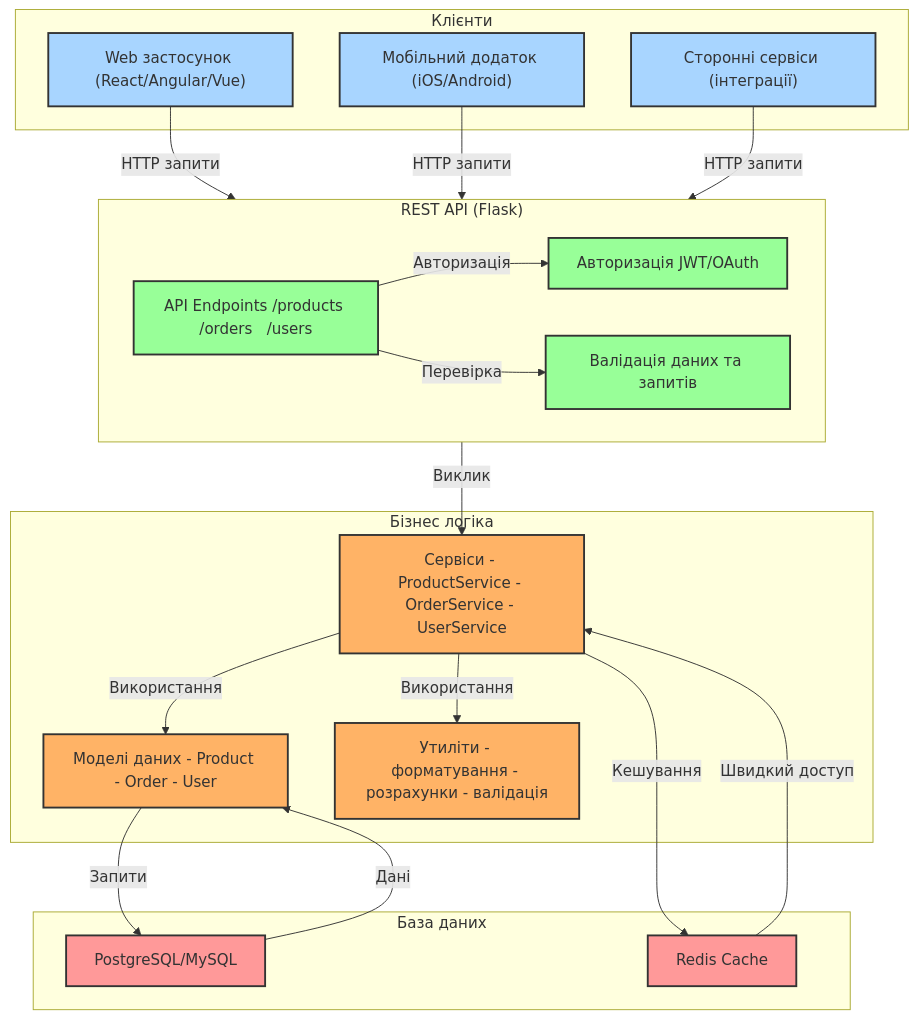
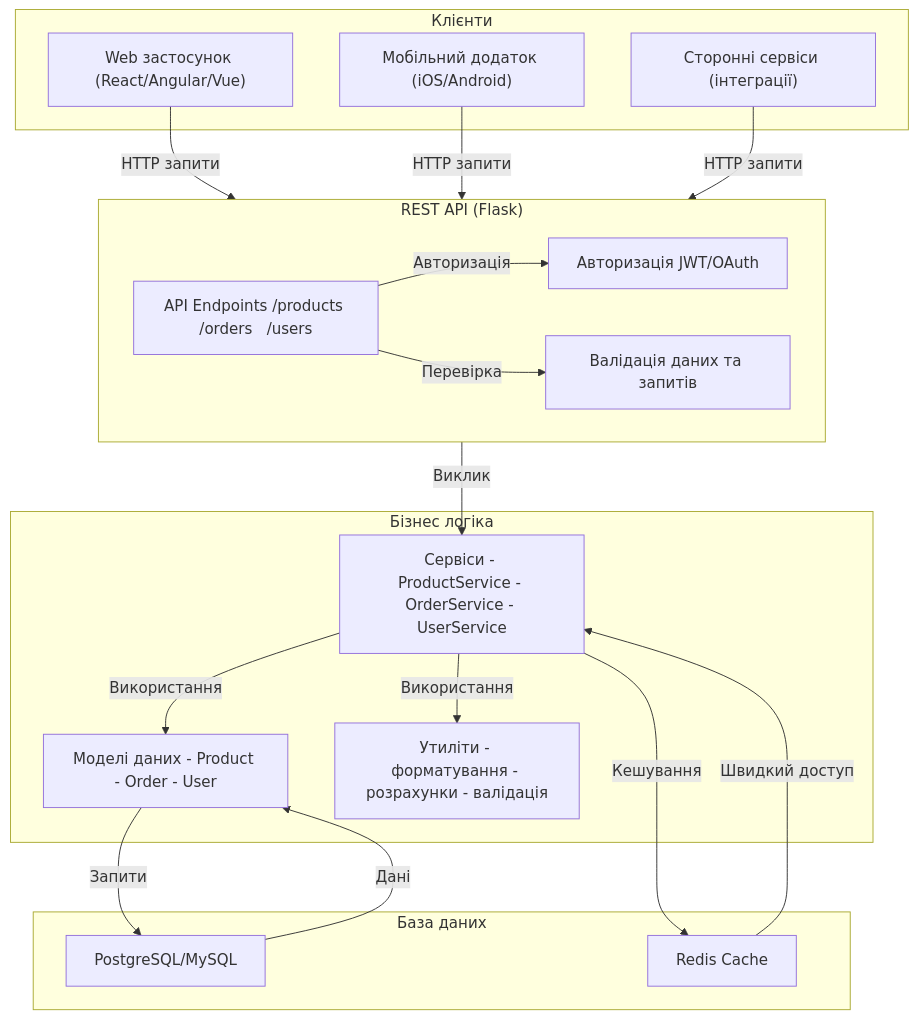
The diagram in docs/labs/lab-05.md (olroi421/course-opi), drawn with Mermaid before and after one commit.

````diff
--- a/docs/labs/lab-05.md
+++ b/docs/labs/lab-05.md
@@ -66,53 +66,42 @@
 ```mermaid
 graph TB
     subgraph Clients[" Клієнти "]
         Web["Web застосунок (React/Angular/Vue)"]
         Mobile["Мобільний додаток (iOS/Android)"]
         ThirdParty["Сторонні сервіси (інтеграції)"]
     end
 
     subgraph API["REST API (Flask)"]
         Endpoints["API Endpoints /products /orders   /users"]
         Auth["Авторизація JWT/OAuth"]
         Validation["Валідація даних та запитів"]
     end
 
     subgraph Application["Бізнес логіка"]
         Services["Сервіси - ProductService - OrderService - UserService"]
         Models["Моделі даних - Product - Order - User"]
         Utils["Утиліти - форматування - розрахунки - валідація"]
     end
 
     subgraph Database["База даних"]
         PostgreSQL["PostgreSQL/MySQL"]
         Cache["Redis Cache"]
     end
 
     %% Зв'язки між компонентами
     Web -->|HTTP запити| API
     Mobile -->|HTTP запити| API
     ThirdParty -->|HTTP запити| API
 
     Endpoints -->|Авторизація| Auth
     Endpoints -->|Перевірка| Validation
 
     API -->|Виклик| Services
     Services -->|Використання| Models
     Services -->|Використання| Utils
 
     Models -->|Запити| PostgreSQL
     Services -->|Кешування| Cache
     Cache -->|Швидкий доступ| Services
     PostgreSQL -->|Дані| Models
-
-    %% Стилізація
-    classDef client fill:#a8d5ff,stroke:#333,stroke-width:2px
-    classDef api fill:#98ff98,stroke:#333,stroke-width:2px
-    classDef app fill:#ffb366,stroke:#333,stroke-width:2px
-    classDef db fill:#ff9999,stroke:#333,stroke-width:2px
-
-    class Web,Mobile,ThirdParty client
-    class Endpoints,Auth,Validation api
-    class Services,Models,Utils app
-    class PostgreSQL,Cache db
 ```
````
